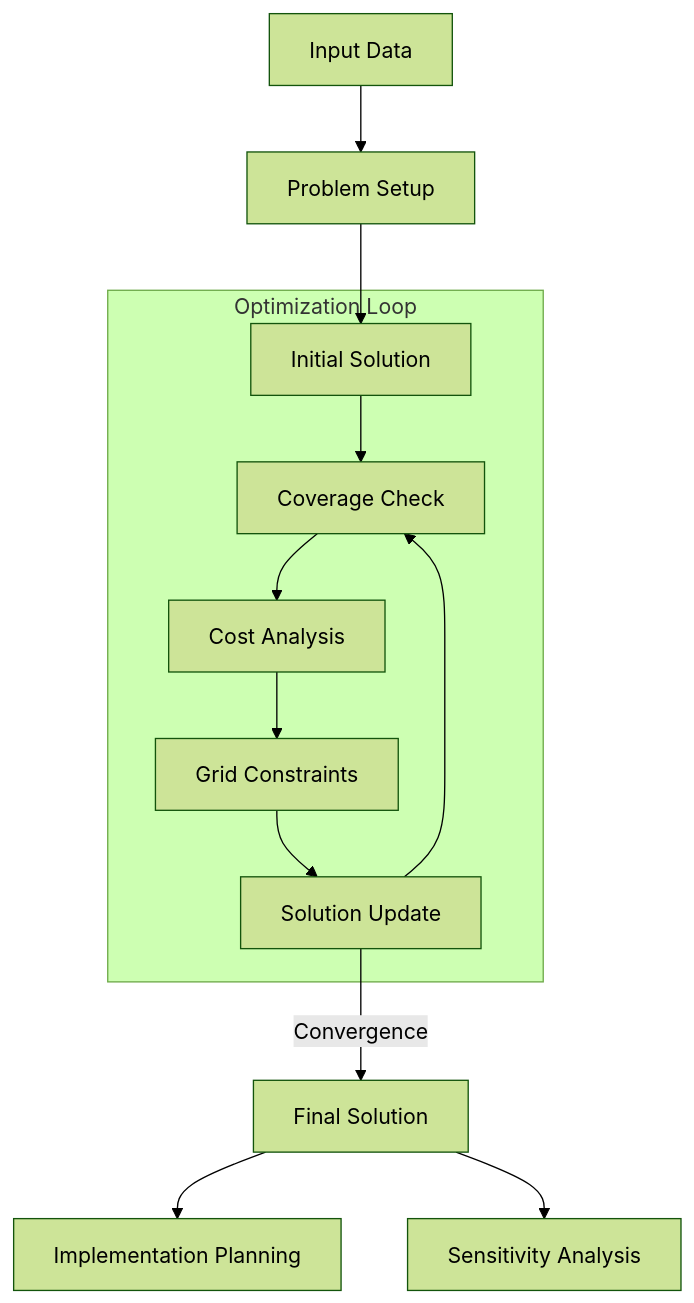
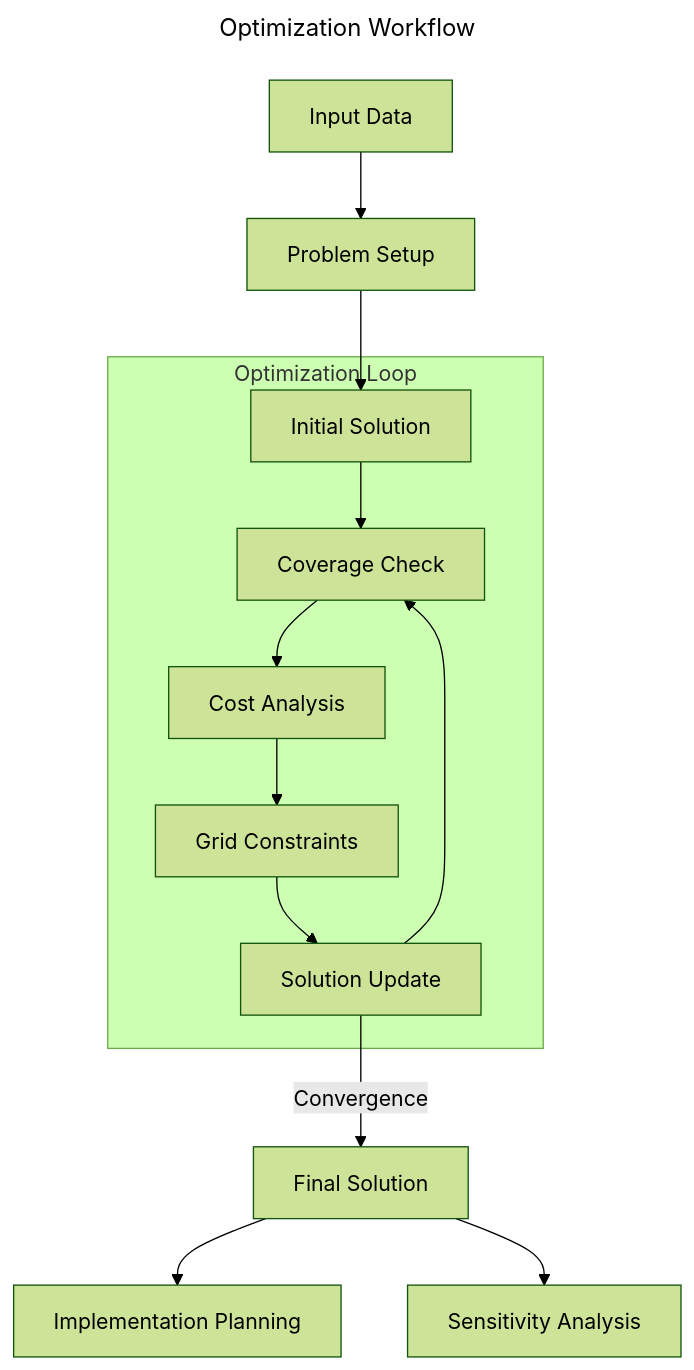
Before and after one commit to jaxendutta/v3: the third of 4 diagrams in src/data/content/evse-opt.md, drawn with Mermaid (forest theme). The commit also changed other lines of this file and 2 other files, not shown here.

````diff
--- a/src/data/content/evse-opt.md
+++ b/src/data/content/evse-opt.md
@@ -304,17 +315,20 @@
 ```mermaid
+---
+title: Optimization Workflow
+---
 graph TD
     A[Input Data] --> B[Problem Setup]
     B --> C[Initial Solution]
     
     subgraph "Optimization Loop"
         C --> D[Coverage Check]
         D --> E[Cost Analysis]
         E --> F[Grid Constraints]
         F --> G[Solution Update]
         G --> D
     end
     
     G --> |Convergence| H[Final Solution]
     H --> I[Implementation Planning]
     H --> J[Sensitivity Analysis]
 ```
````
